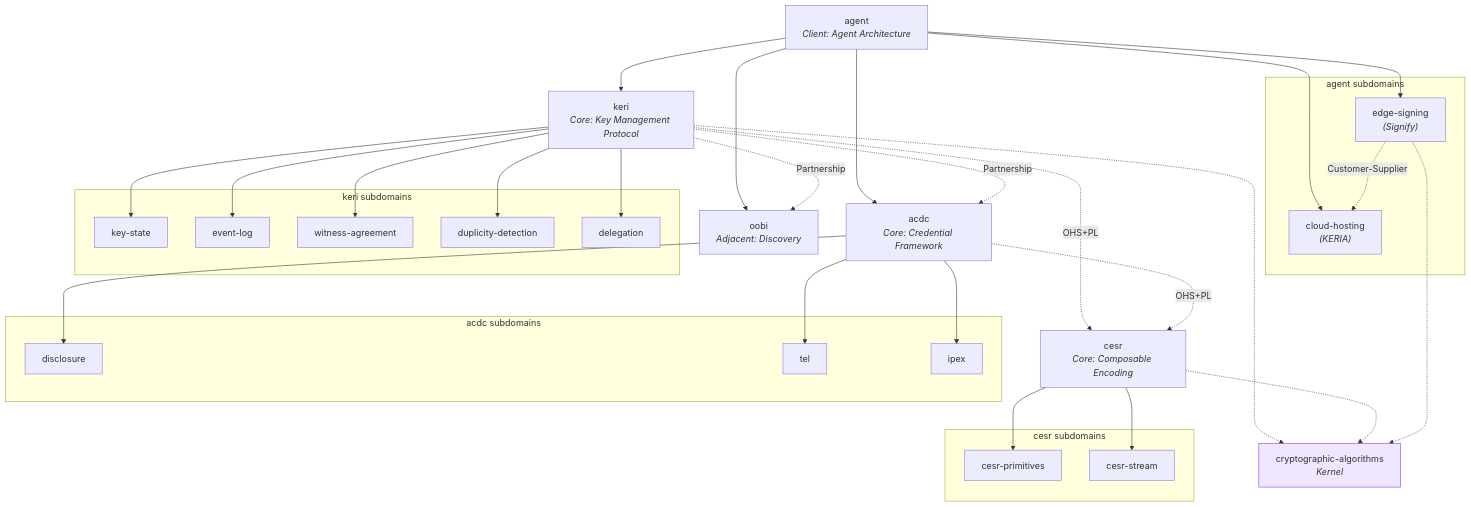
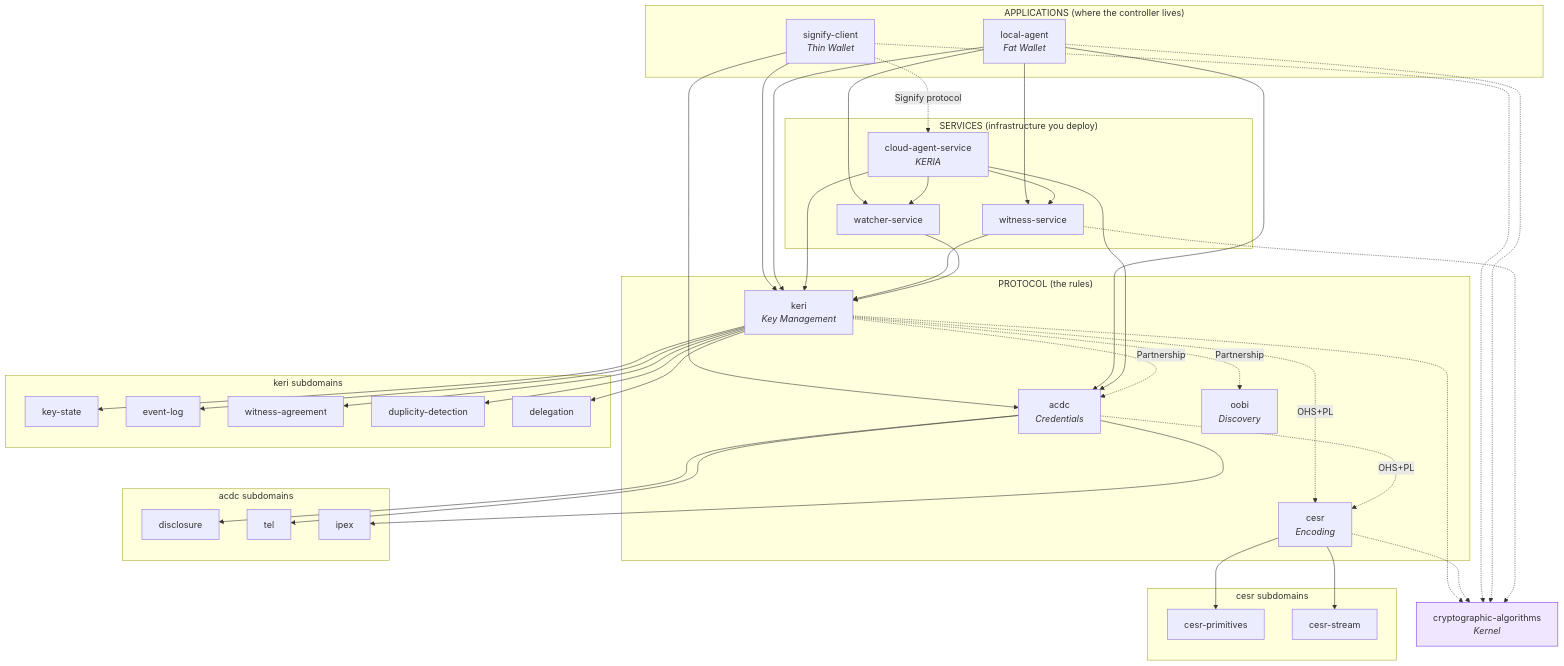
The diagram in rdod/spec/domains/README.md (seriouscoderone/keri-claude), drawn with Mermaid before and after one commit. The commit also changed other lines of this file and 18 other files, not shown here.

First line of the commit message:
Restructure: deprecate agent, introduce three-tier architecture

````diff
--- a/rdod/spec/domains/README.md
+++ b/rdod/spec/domains/README.md
@@ -9,60 +9,77 @@
 ```mermaid
 graph TD
-    agent["agent<br/><i>Client: Agent Architecture</i>"]
-    keri["keri<br/><i>Core: Key Management Protocol</i>"]
-    cesr["cesr<br/><i>Core: Composable Encoding</i>"]
-    acdc["acdc<br/><i>Core: Credential Framework</i>"]
-    oobi["oobi<br/><i>Adjacent: Discovery</i>"]
+    subgraph "APPLICATIONS (where the controller lives)"
+        sc["signify-client<br/><i>Thin Wallet</i>"]
+        la["local-agent<br/><i>Fat Wallet</i>"]
+    end
+
+    subgraph "SERVICES (infrastructure you deploy)"
+        cas["cloud-agent-service<br/><i>KERIA</i>"]
+        ws["witness-service"]
+        wts["watcher-service"]
+    end
+
+    subgraph "PROTOCOL (the rules)"
+        keri["keri<br/><i>Key Management</i>"]
+        cesr["cesr<br/><i>Encoding</i>"]
+        acdc["acdc<br/><i>Credentials</i>"]
+        oobi["oobi<br/><i>Discovery</i>"]
+    end
+
     crypto["cryptographic-algorithms<br/><i>Kernel</i>"]:::kernel
 
-    agent --> keri
-    agent --> acdc
-    agent --> oobi
+    sc -. "Signify protocol" .-> cas
+    la --> ws
+    la --> wts
+    cas --> ws
+    cas --> wts
+    sc --> keri
+    la --> keri
+    cas --> keri
+    ws --> keri
+    wts --> keri
+    sc --> acdc
+    la --> acdc
+    cas --> acdc
     keri -. "OHS+PL" .-> cesr
     acdc -. "OHS+PL" .-> cesr
     keri -. "Partnership" .-> acdc
     keri -. "Partnership" .-> oobi
 
     subgraph "keri subdomains"
         ks["key-state"]
         el["event-log"]
         wa["witness-agreement"]
         dd["duplicity-detection"]
         dl["delegation"]
     end
     keri --> ks
     keri --> el
     keri --> wa
     keri --> dd
     keri --> dl
 
     subgraph "cesr subdomains"
         cp["cesr-primitives"]
         cs["cesr-stream"]
     end
     cesr --> cp
     cesr --> cs
 
     subgraph "acdc subdomains"
         disc["disclosure"]
         tel["tel"]
         ipex["ipex"]
     end
     acdc --> disc
     acdc --> tel
     acdc --> ipex
 
-    subgraph "agent subdomains"
-        es["edge-signing<br/><i>(Signify)</i>"]
-        ch["cloud-hosting<br/><i>(KERIA)</i>"]
-    end
-    agent --> es
-    agent --> ch
-    es -. "Customer-Supplier" .-> ch
-
     keri -.-> crypto
     cesr -.-> crypto
-    es -.-> crypto
+    sc -.-> crypto
+    la -.-> crypto
+    ws -.-> crypto
 
     classDef kernel fill:#f0e6ff,stroke:#7c3aed
 ```
````
